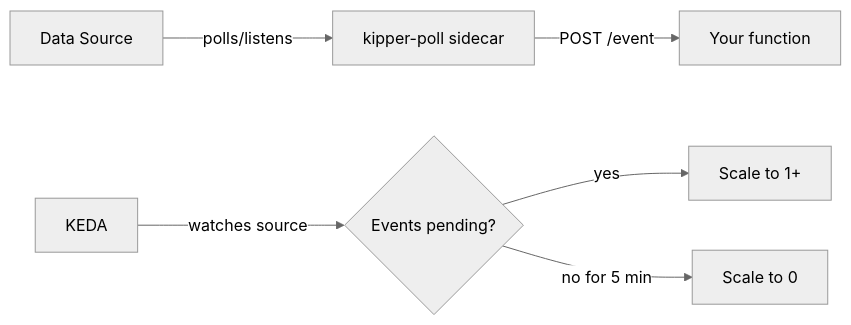
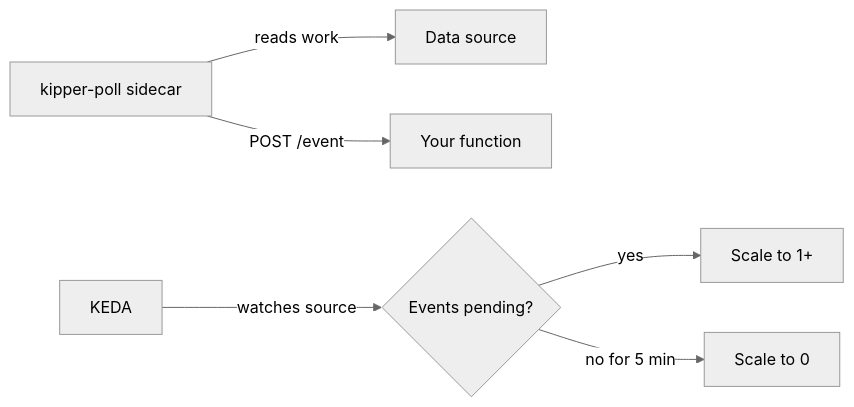
The second of 2 diagrams in docs/en/functions.md (getkipper/kipper), drawn with Mermaid (neutral theme) before and after one commit. The commit also changed other lines of this file and 4 other files, not shown here.

Commit message:
fix(kipper-poll): parameterize mark-done queries and handle graceful shutdown

````diff
--- a/docs/en/functions.md
+++ b/docs/en/functions.md
@@ -369,8 +349,8 @@
 ```mermaid
 flowchart LR
-    A[Data Source] -->|polls/listens| B[kipper-poll sidecar]
+    B[kipper-poll sidecar] -->|reads work| A[Data source]
     B -->|POST /event| C[Your function]
     D[KEDA] -->|watches source| E{Events pending?}
     E -->|yes| F[Scale to 1+]
     E -->|no for 5 min| G[Scale to 0]
 ```
````
